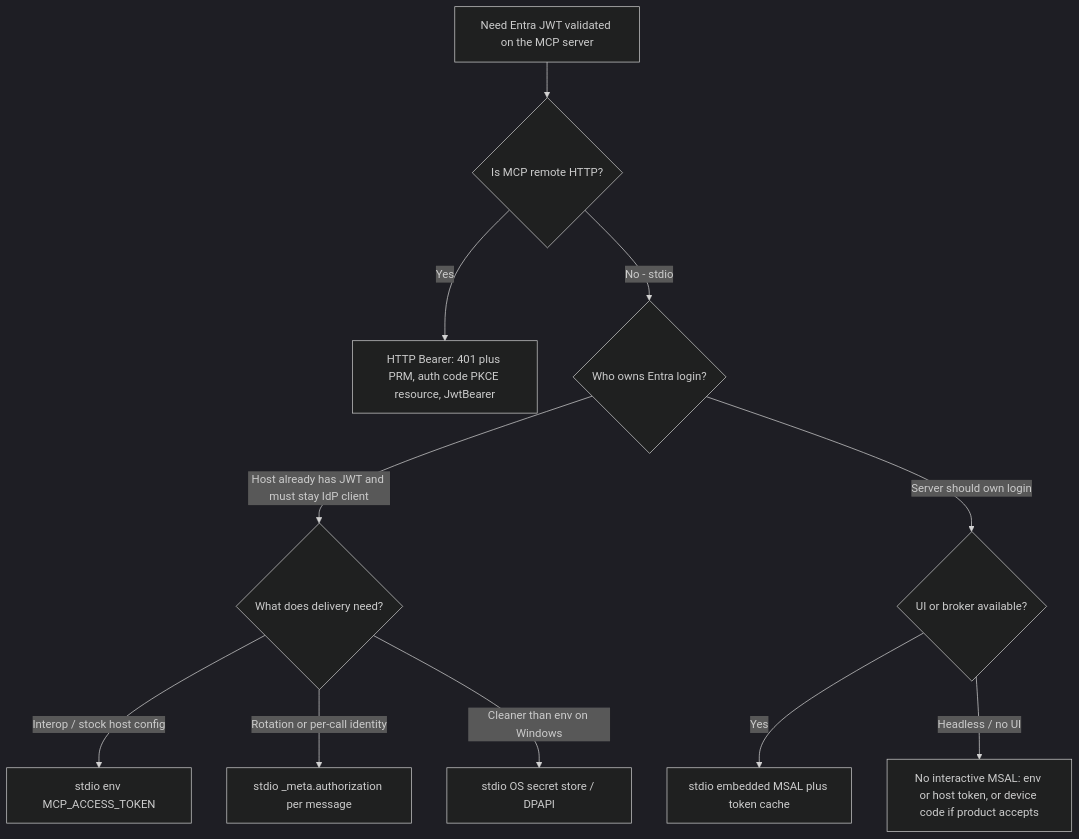
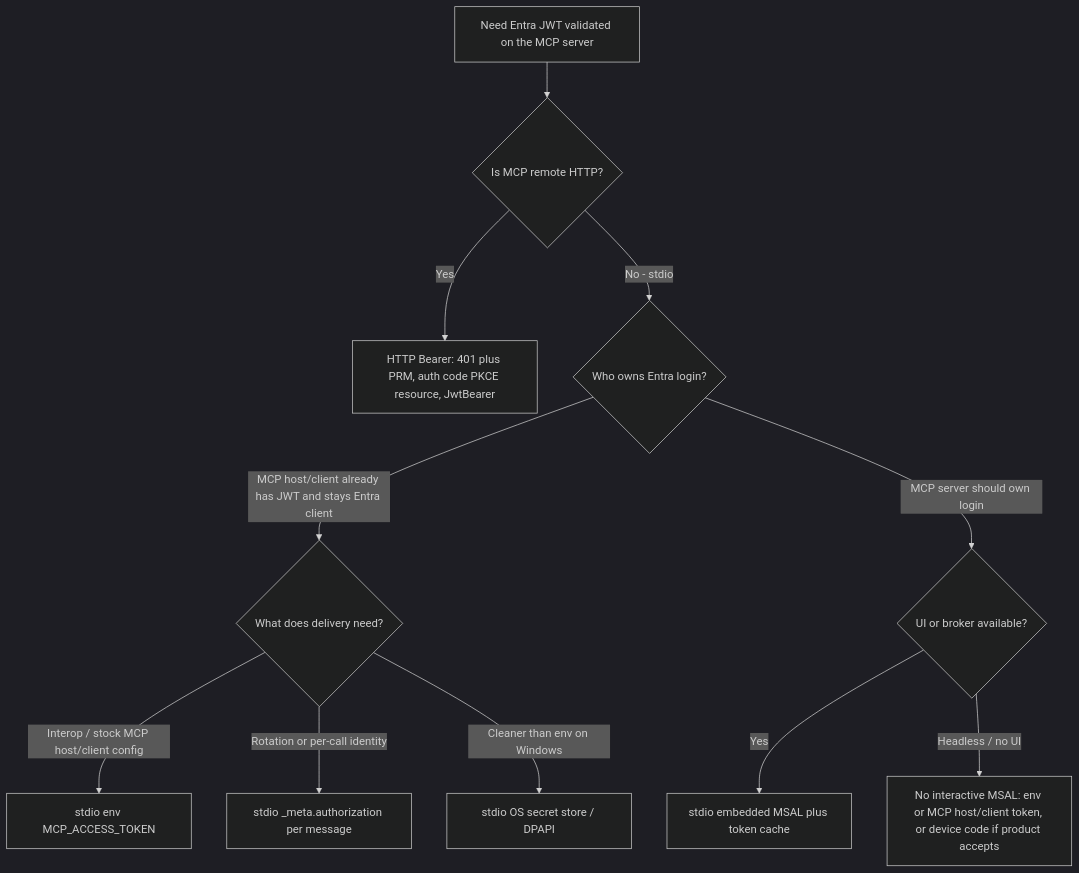
One commit to sheshisheri-hi/ai-security-ideas changed the seventh of 7 diagrams in research/adr/001-mcp-server-oauth-entra.md. Above: the diagram before and after it, drawn with Mermaid (dark theme). The commit also changed other lines of this file and 1 other file, not shown here.

Commit message:
adr: 001 map security best practices to MCP server vs host/client

````diff
--- a/research/adr/001-mcp-server-oauth-entra.md
+++ b/research/adr/001-mcp-server-oauth-entra.md
@@ -339,14 +339,14 @@
 ```mermaid
 flowchart TD
     start["Need Entra JWT validated on the MCP server"]
     start --> httpQ{"Is MCP remote HTTP?"}
     httpQ -->|Yes| httpPath["HTTP Bearer: 401 plus PRM, auth code PKCE resource, JwtBearer"]
     httpQ -->|No - stdio| ownerQ{"Who owns Entra login?"}
-    ownerQ -->|Host already has JWT and must stay IdP client| hostNeed{"What does delivery need?"}
-    hostNeed -->|Interop / stock host config| envPath["stdio env MCP_ACCESS_TOKEN"]
+    ownerQ -->|MCP host/client already has JWT and stays Entra client| hostNeed{"What does delivery need?"}
+    hostNeed -->|Interop / stock MCP host/client config| envPath["stdio env MCP_ACCESS_TOKEN"]
     hostNeed -->|Rotation or per-call identity| metaPath["stdio _meta.authorization per message"]
     hostNeed -->|Cleaner than env on Windows| dpapiPath["stdio OS secret store / DPAPI"]
-    ownerQ -->|Server should own login| uiQ{"UI or broker available?"}
+    ownerQ -->|MCP server should own login| uiQ{"UI or broker available?"}
     uiQ -->|Yes| msalPath["stdio embedded MSAL plus token cache"]
-    uiQ -->|Headless / no UI| headless["No interactive MSAL: env or host token, or device code if product accepts"]
+    uiQ -->|Headless / no UI| headless["No interactive MSAL: env or MCP host/client token, or device code if product accepts"]
 ```
````
